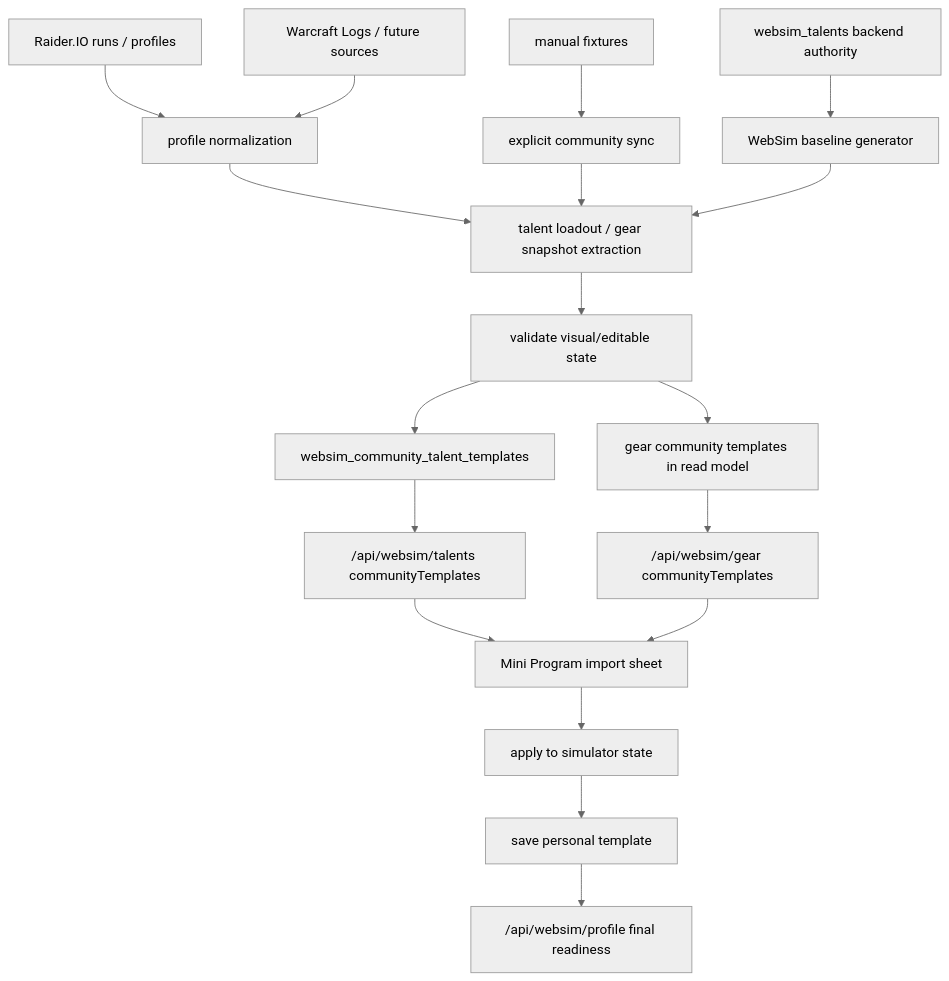
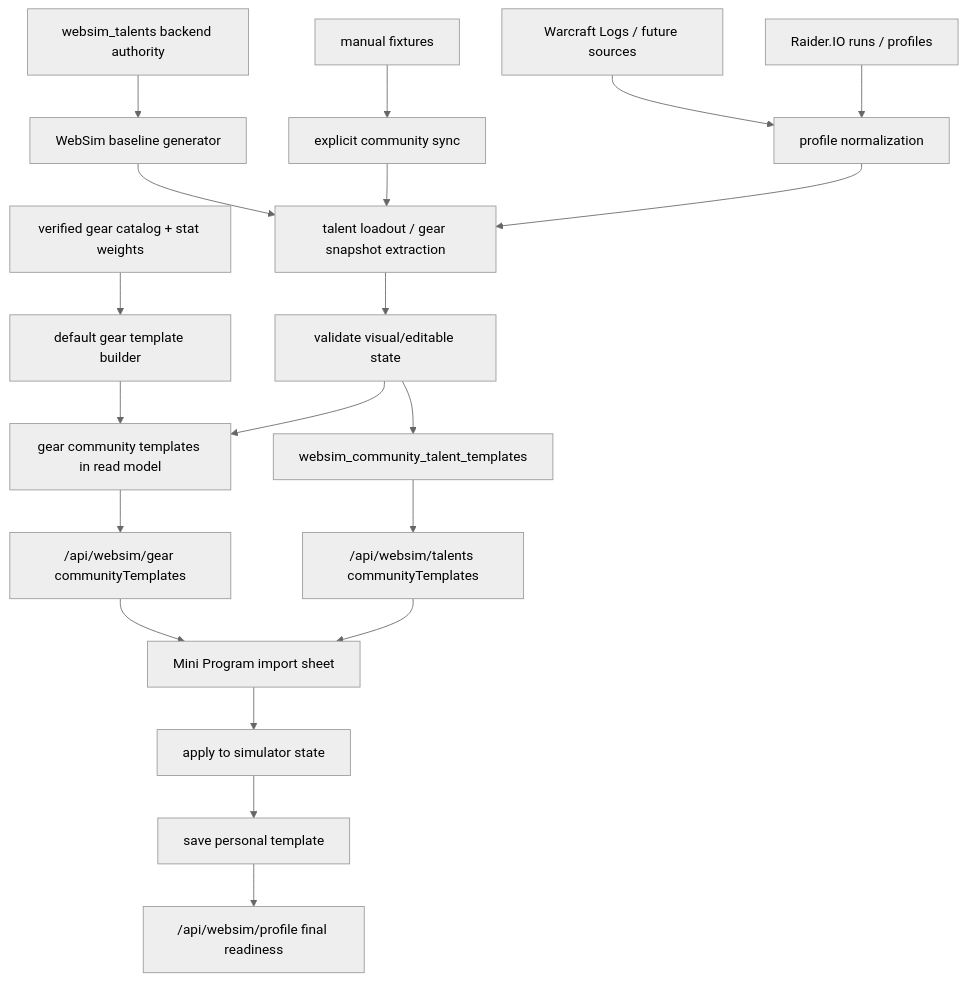
One commit to Giannis-bo/Chicken-Bro changed the diagram in docs/community-template-import-full-chain-runbook.md. Above: the diagram before and after it, drawn with Mermaid (neutral theme). The commit also changed other lines of this file and 13 other files, not shown here.

Commit message:
feat: add Devourer default gear templates

````diff
--- a/docs/community-template-import-full-chain-runbook.md
+++ b/docs/community-template-import-full-chain-runbook.md
@@ -21,23 +22,25 @@
 ```mermaid
 flowchart TD
   A["Raider.IO runs / profiles"] --> B["profile normalization"]
   C["Warcraft Logs / future sources"] --> B
   D["manual fixtures"] --> E["explicit community sync"]
   F["websim_talents backend authority"] --> G["WebSim baseline generator"]
+  R["verified gear catalog + stat weights"] --> S["default gear template builder"]
 
   B --> H["talent loadout / gear snapshot extraction"]
   E --> H
   G --> H
+  S --> K
 
   H --> I["validate visual/editable state"]
   I --> J["websim_community_talent_templates"]
   I --> K["gear community templates in read model"]
 
   J --> L["/api/websim/talents communityTemplates"]
   K --> M["/api/websim/gear communityTemplates"]
   L --> N["Mini Program import sheet"]
   M --> N
   N --> O["apply to simulator state"]
   O --> P["save personal template"]
   P --> Q["/api/websim/profile final readiness"]
 ```
````
